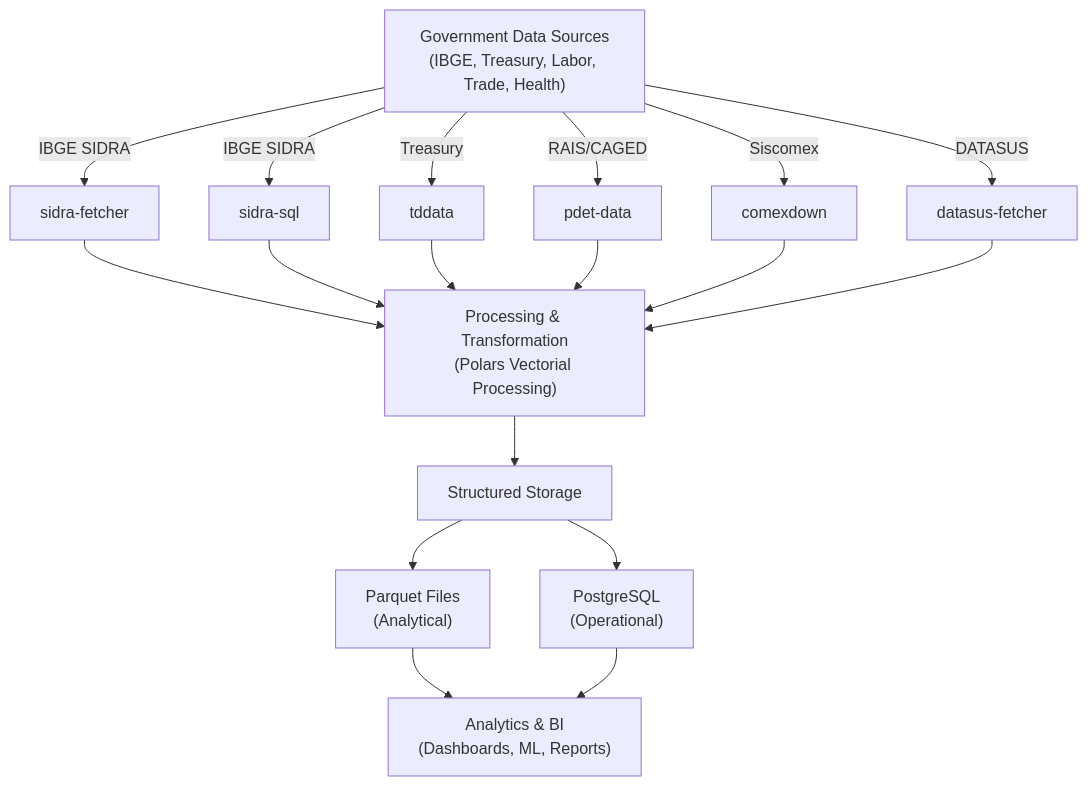
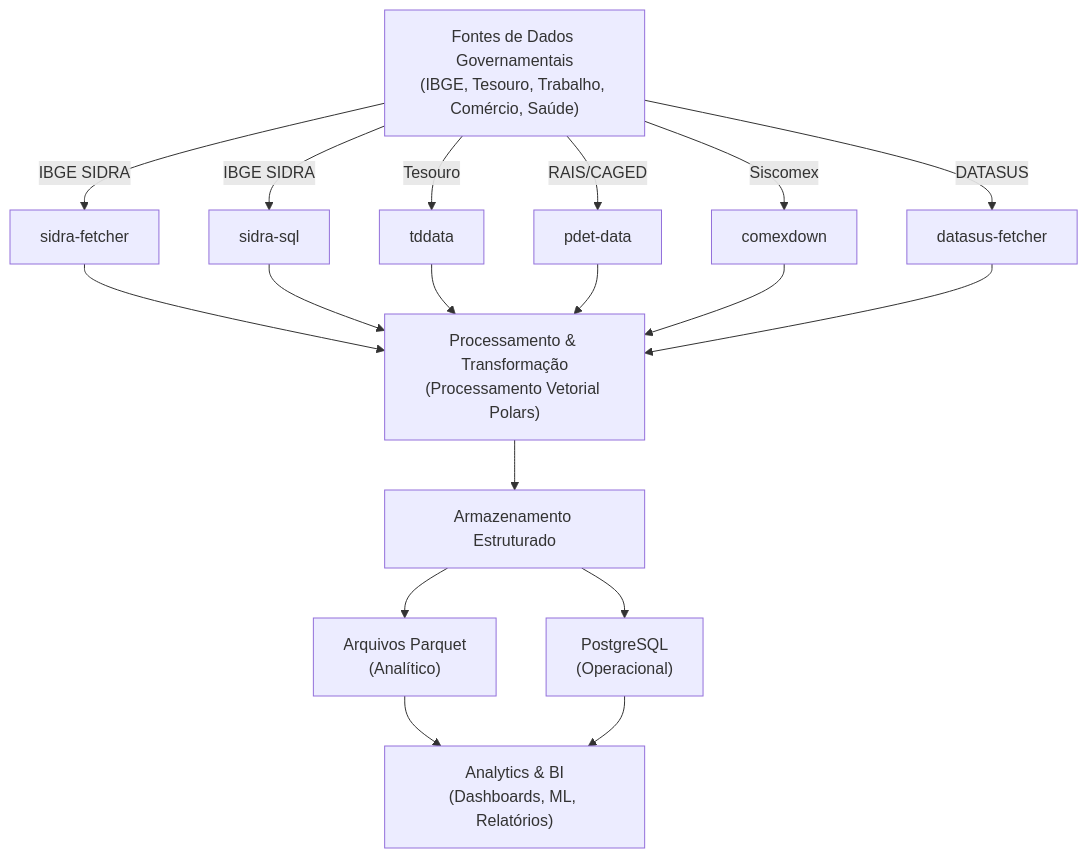
One commit to Quantilica/docs changed the first of 9 diagrams in docs/architecture/overview.md. Above: the diagram before and after it, drawn with Mermaid. The commit also changed other lines of this file and 31 other files, not shown here.

````diff
--- a/docs/architecture/overview.md
+++ b/docs/architecture/overview.md
@@ -7,26 +7,26 @@
 ```mermaid
 graph TD
-    Sources["Government Data Sources<br/>(IBGE, Treasury, Labor, Trade, Health)"]
+    Sources["Fontes de Dados Governamentais<br/>(IBGE, Tesouro, Trabalho, Comércio, Saúde)"]
     
     Sources -->|IBGE SIDRA| SF["sidra-fetcher"]
     Sources -->|IBGE SIDRA| SQL["sidra-sql"]
-    Sources -->|Treasury| TD["tddata"]
+    Sources -->|Tesouro| TD["tddata"]
     Sources -->|RAIS/CAGED| PD["pdet-data"]
     Sources -->|Siscomex| CX["comexdown"]
     Sources -->|DATASUS| DS["datasus-fetcher"]
     
-    SF --> Processing["Processing & Transformation<br/>(Polars Vectorial Processing)"]
+    SF --> Processing["Processamento & Transformação<br/>(Processamento Vetorial Polars)"]
     SQL --> Processing
     TD --> Processing
     PD --> Processing
     CX --> Processing
     DS --> Processing
     
-    Processing --> Storage["Structured Storage"]
+    Processing --> Storage["Armazenamento Estruturado"]
     
-    Storage --> PQ["Parquet Files<br/>(Analytical)"]
-    Storage --> PG["PostgreSQL<br/>(Operational)"]
+    Storage --> PQ["Arquivos Parquet<br/>(Analítico)"]
+    Storage --> PG["PostgreSQL<br/>(Operacional)"]
     
-    PQ --> Analytics["Analytics & BI<br/>(Dashboards, ML, Reports)"]
+    PQ --> Analytics["Analytics & BI<br/>(Dashboards, ML, Relatórios)"]
     PG --> Analytics
 ```
````
